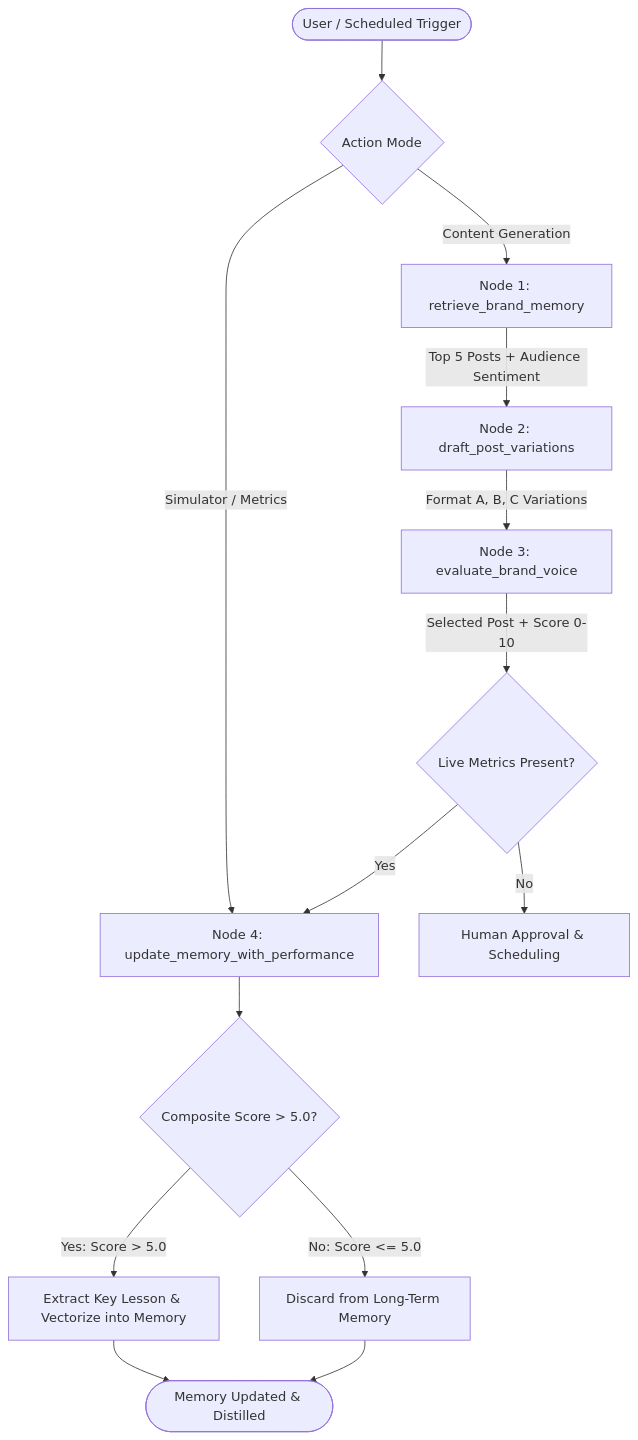
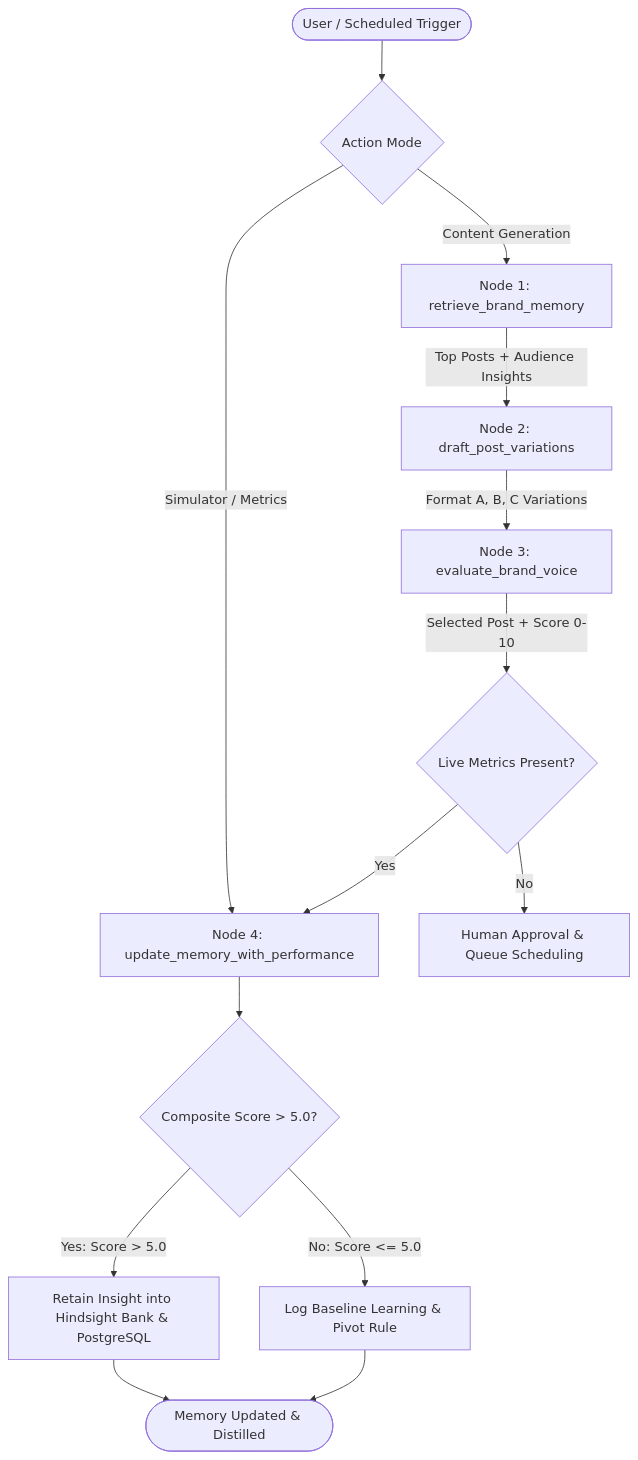
Before and after one commit to XiaoArnav/sociotrack: the diagram in README.md, drawn with Mermaid. The commit also changed other lines of this file and 30 other files, not shown here.

Commit message:
feat(backend): implement PostgreSQL schema, FastAPI layer, Hindsight memory feedback loop, and seed data

````diff
--- a/README.md
+++ b/README.md
@@ -11,23 +12,23 @@
 ```mermaid
 flowchart TD
     START([User / Scheduled Trigger]) --> RouteCheck{Action Mode}
 
     %% Performance Feedback Direct Path
     RouteCheck -->|Simulator / Metrics| Node4[Node 4: update_memory_with_performance]
 
     %% Generation Path
     RouteCheck -->|Content Generation| Node1[Node 1: retrieve_brand_memory]
-    Node1 -->|Top 5 Posts + Audience Sentiment| Node2[Node 2: draft_post_variations]
+    Node1 -->|Top Posts + Audience Insights| Node2[Node 2: draft_post_variations]
     Node2 -->|Format A, B, C Variations| Node3[Node 3: evaluate_brand_voice]
     Node3 -->|Selected Post + Score 0-10| PostEvalCheck{Live Metrics Present?}
 
-    PostEvalCheck -->|No| Approval[Human Approval & Scheduling]
+    PostEvalCheck -->|No| Approval[Human Approval & Queue Scheduling]
     PostEvalCheck -->|Yes| Node4
 
     %% Node 4 Scoring & Learning
     Node4 --> ScoreCheck{Composite Score > 5.0?}
-    ScoreCheck -->|Yes: Score > 5.0| Embed[Extract Key Lesson & Vectorize into Memory]
-    ScoreCheck -->|No: Score <= 5.0| Discard[Discard from Long-Term Memory]
-    Embed --> END_UPDATE([Memory Updated & Distilled])
+    ScoreCheck -->|Yes: Score > 5.0| RetainHindsight[Retain Insight into Hindsight Bank & PostgreSQL]
+    ScoreCheck -->|No: Score <= 5.0| Discard[Log Baseline Learning & Pivot Rule]
+    RetainHindsight --> END_UPDATE([Memory Updated & Distilled])
     Discard --> END_UPDATE
 ```
````
